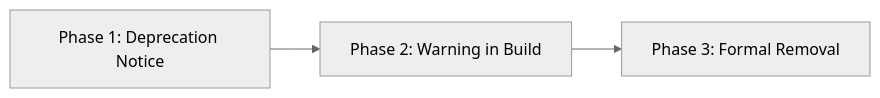
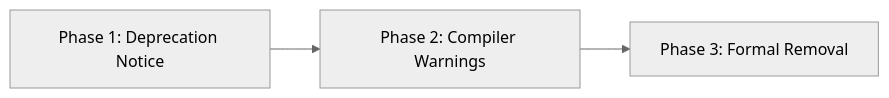
One commit to 4t1a/razobill changed the diagram in docs/reference/deprecation-policy.md. Above: the diagram before and after it, drawn with Mermaid (neutral theme). The commit also changed other lines of this file and 12 other files, not shown here.

````diff
--- a/docs/reference/deprecation-policy.md
+++ b/docs/reference/deprecation-policy.md
@@ -30,5 +35,5 @@
 ```mermaid
 flowchart LR
-    P1["Phase 1: Deprecation Notice"] --> P2["Phase 2: Warning in Build"]
+    P1["Phase 1: Deprecation Notice"] --> P2["Phase 2: Compiler Warnings"]
     P2 --> P3["Phase 3: Formal Removal"]
 ```
````
